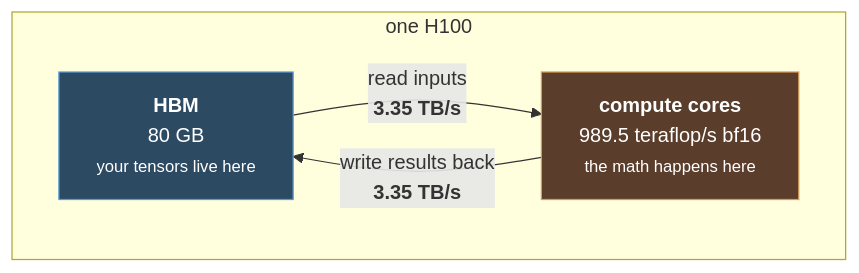
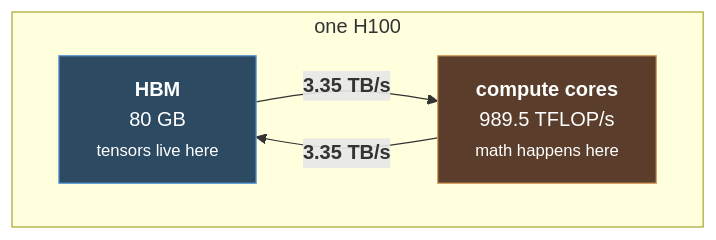
One commit to yaojiejia/mynotes changed the second of 6 diagrams in mynotes/cs336/2. Resource Accounting.md. Above: the diagram before and after it, drawn with Mermaid. The commit also changed other lines of this file and 8 other files, not shown here.

````diff
--- a/mynotes/cs336/2. Resource Accounting.md
+++ b/mynotes/cs336/2. Resource Accounting.md
@@ -245,13 +198,13 @@
 ```mermaid
 flowchart LR
     subgraph GPU ["one H100"]
         direction LR
-        HBM["<b>HBM</b><br/>80 GB<br/><small>your tensors live here</small>"]
-        CORE["<b>compute cores</b><br/>989.5 teraflop/s bf16<br/><small>the math happens here</small>"]
+        HBM["<b>HBM</b><br/>80 GB<br/><small>tensors live here</small>"]
+        CORE["<b>compute cores</b><br/>989.5 TFLOP/s<br/><small>math happens here</small>"]
     end
-    HBM -- "read inputs<br/><b>3.35 TB/s</b>" --> CORE
-    CORE -- "write results back<br/><b>3.35 TB/s</b>" --> HBM
+    HBM -- "<b>3.35 TB/s</b>" --> CORE
+    CORE -- "<b>3.35 TB/s</b>" --> HBM
 
     style HBM fill:#2d4a63,stroke:#5b9bd5,color:#fff
     style CORE fill:#5a3d2b,stroke:#d59b5b,color:#fff
 ```
````
